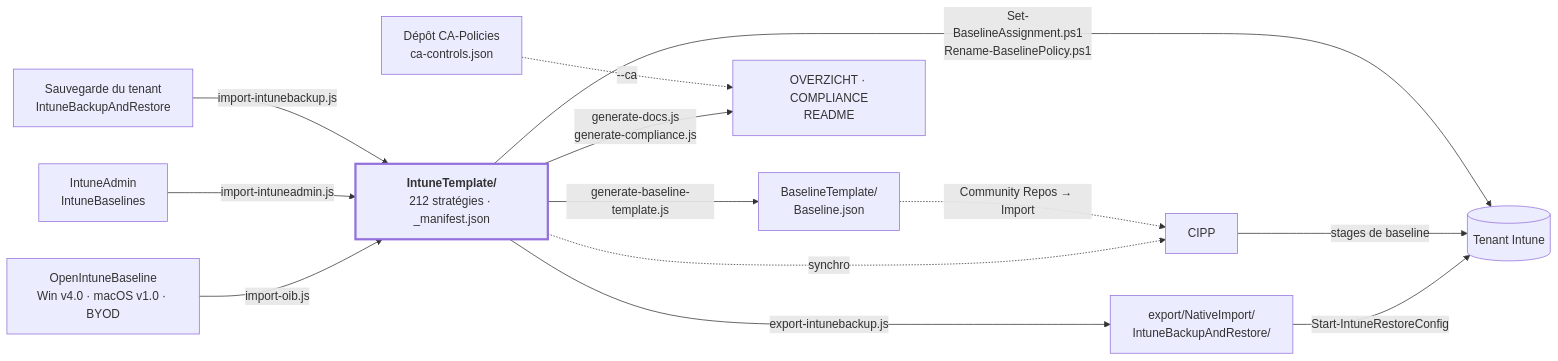
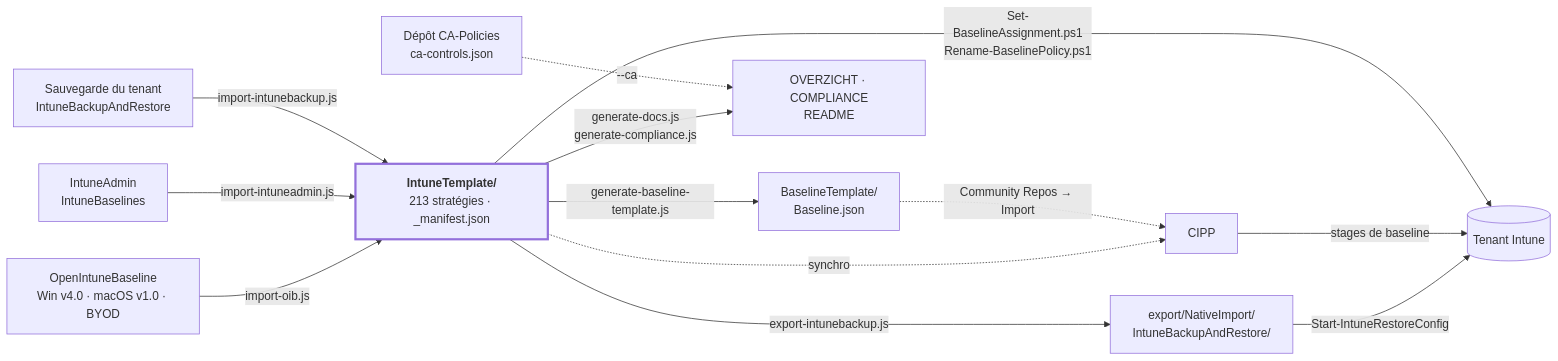
Before and after one commit to sjkanon/IntuneBackup: the diagram in docs/STRUCTUUR.fr.md, drawn with Mermaid. The commit also changed other lines of this file and 30 other files, not shown here.

````diff
--- a/docs/STRUCTUUR.fr.md
+++ b/docs/STRUCTUUR.fr.md
@@ -24,21 +24,21 @@
 ```mermaid
 flowchart LR
   OIB["OpenIntuneBaseline<br/>Win v4.0 · macOS v1.0 · BYOD"] -->|import-oib.js| T
   IA["IntuneAdmin<br/>IntuneBaselines"] -->|import-intuneadmin.js| T
   BK["Sauvegarde du tenant<br/>IntuneBackupAndRestore"] -->|import-intunebackup.js| T
 
-  T["<b>IntuneTemplate/</b><br/>212 stratégies · _manifest.json"]
+  T["<b>IntuneTemplate/</b><br/>213 stratégies · _manifest.json"]
 
   T -->|export-intunebackup.js| EX["export/NativeImport/<br/>IntuneBackupAndRestore/"]
   T -->|generate-baseline-template.js| BT["BaselineTemplate/<br/>Baseline.json"]
   T -->|generate-docs.js<br/>generate-compliance.js| DOC["OVERZICHT · COMPLIANCE<br/>README"]
   CA["Dépôt CA-Policies<br/>ca-controls.json"] -.->|--ca| DOC
 
   T -.->|synchro| CIPP["CIPP"]
   BT -.->|Community Repos → Import| CIPP
   EX -->|Start-IntuneRestoreConfig| TEN[("Tenant Intune")]
   CIPP -->|stages de baseline| TEN
   T -->|Set-BaselineAssignment.ps1<br/>Rename-BaselinePolicy.ps1| TEN
 
   style T stroke-width:3px
 ```
````
